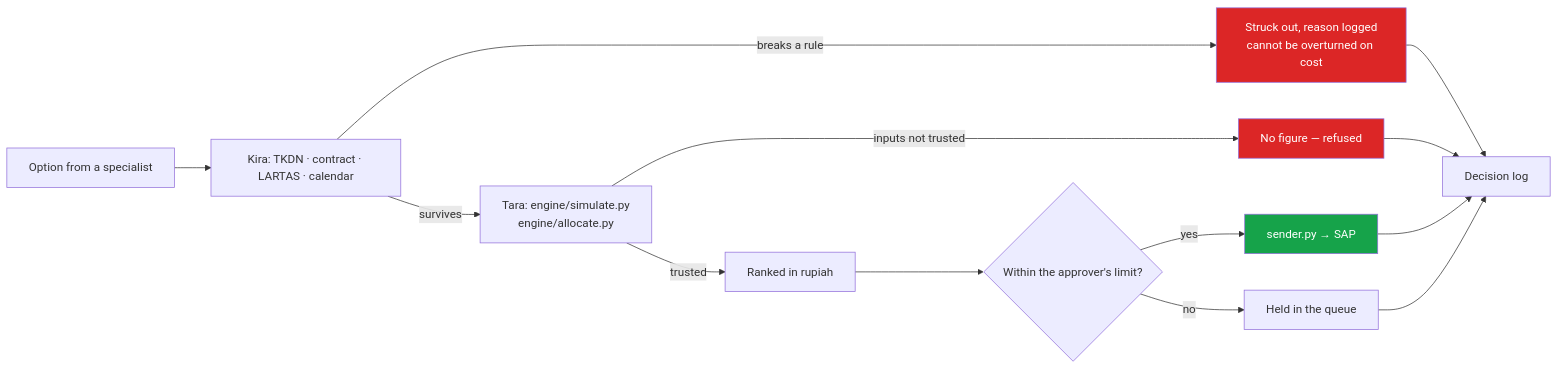
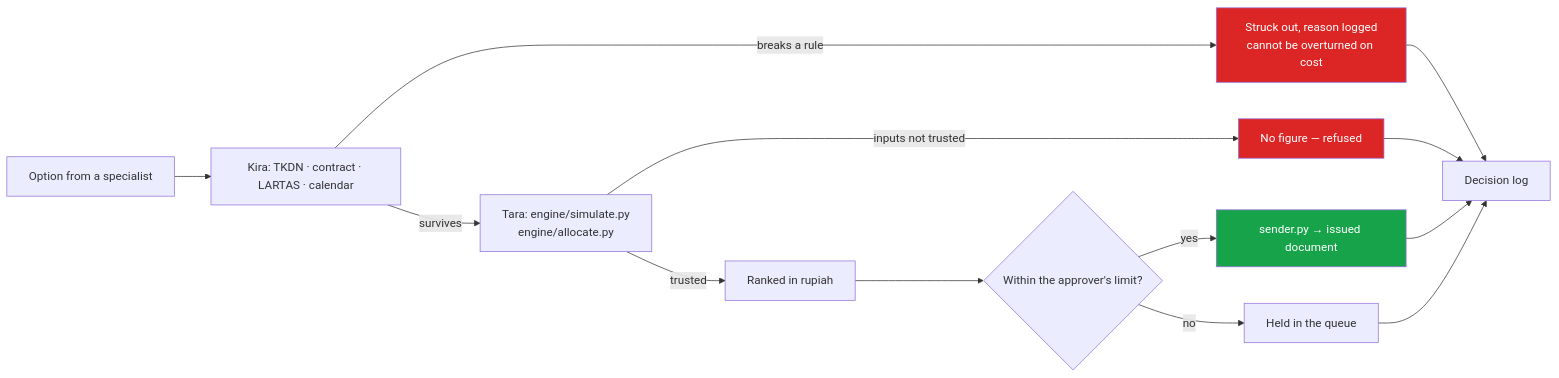
The fifth of 6 diagrams in README.md (maulana-tech/aera-app), drawn with Mermaid before and after one commit. The commit also changed other lines of this file and 413 other files, not shown here.

````diff
--- a/README.md
+++ b/README.md
@@ -630,19 +621,19 @@
 ```mermaid
 flowchart LR
     O[Option from a specialist] --> K[Kira: TKDN · contract · LARTAS · calendar]
     K -->|breaks a rule| X[Struck out, reason logged<br/>cannot be overturned on cost]
     K -->|survives| C[Tara: engine/simulate.py<br/>engine/allocate.py]
     C -->|inputs not trusted| N[No figure — refused]
     C -->|trusted| R[Ranked in rupiah]
     R --> A{Within the approver's limit?}
-    A -->|yes| S[sender.py → SAP]
+    A -->|yes| S[sender.py → issued document]
     A -->|no| H[Held in the queue]
     X --> L[Decision log]
     N --> L
     S --> L
     H --> L
 
     style X fill:#dc2626,color:#fff
     style N fill:#dc2626,color:#fff
     style S fill:#16a34a,color:#fff
 ```
````
